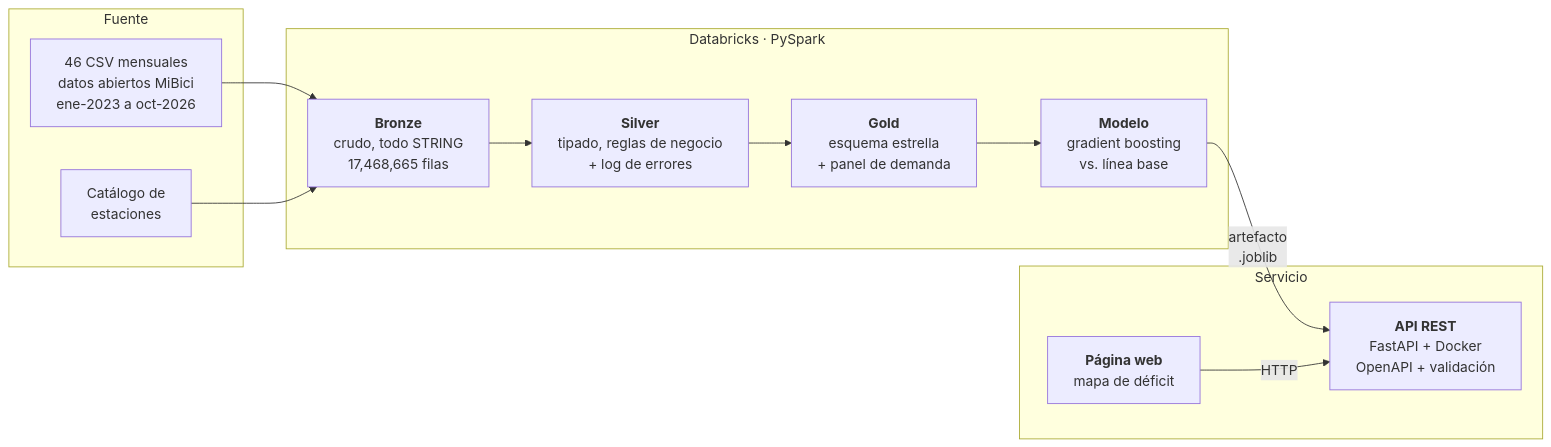
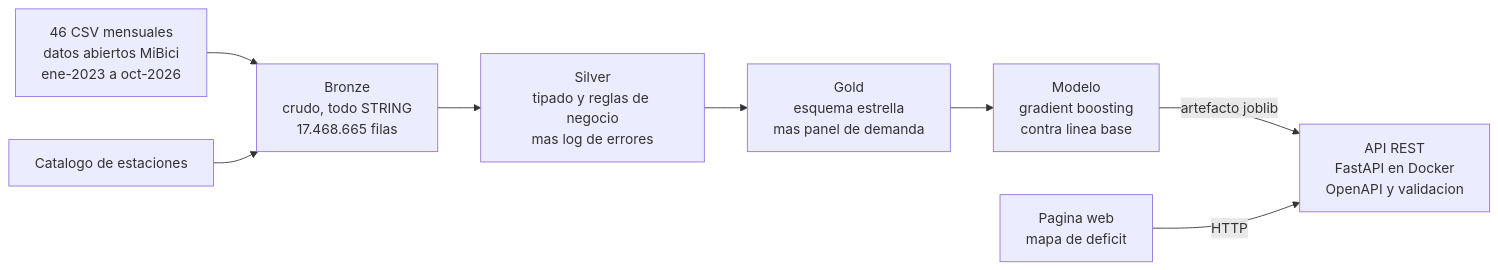
Before and after one commit to PIRATA131/Mibici: the first of 2 diagrams in README.md, drawn with Mermaid. The commit also changed other lines of this file, not shown here.

Commit message:
Corrige la sintaxis de los diagramas mermaid
GitHub no lograba renderizarlos y caía al código crudo. Las etiquetas <b> dentro
de los nodos y la doble relación entre las mismas entidades del diagrama ER
rompían el parser.

````diff
--- a/README.md
+++ b/README.md
@@ -36,22 +36,18 @@
 ```mermaid
 flowchart LR
-  subgraph F["Fuente"]
-    A["46 CSV mensuales<br/>datos abiertos MiBici<br/>ene-2023 a oct-2026"]
-    B["Catálogo de<br/>estaciones"]
-  end
-  subgraph D["Databricks · PySpark"]
-    BR["<b>Bronze</b><br/>crudo, todo STRING<br/>17,468,665 filas"]
-    SI["<b>Silver</b><br/>tipado, reglas de negocio<br/>+ log de errores"]
-    GO["<b>Gold</b><br/>esquema estrella<br/>+ panel de demanda"]
-    ML["<b>Modelo</b><br/>gradient boosting<br/>vs. línea base"]
-  end
-  subgraph S["Servicio"]
-    API["<b>API REST</b><br/>FastAPI + Docker<br/>OpenAPI + validación"]
-    WEB["<b>Página web</b><br/>mapa de déficit"]
-  end
+  A["46 CSV mensuales<br/>datos abiertos MiBici<br/>ene-2023 a oct-2026"]
+  B["Catalogo de estaciones"]
+  BR["Bronze<br/>crudo, todo STRING<br/>17.468.665 filas"]
+  SI["Silver<br/>tipado y reglas de negocio<br/>mas log de errores"]
+  GO["Gold<br/>esquema estrella<br/>mas panel de demanda"]
+  ML["Modelo<br/>gradient boosting<br/>contra linea base"]
+  API["API REST<br/>FastAPI en Docker<br/>OpenAPI y validacion"]
+  WEB["Pagina web<br/>mapa de deficit"]
   A --> BR
   B --> BR
-  BR --> SI --> GO --> ML
-  ML -->|"artefacto<br/>.joblib"| API
+  BR --> SI
+  SI --> GO
+  GO --> ML
+  ML -->|"artefacto joblib"| API
   WEB -->|"HTTP"| API
 ```
````
